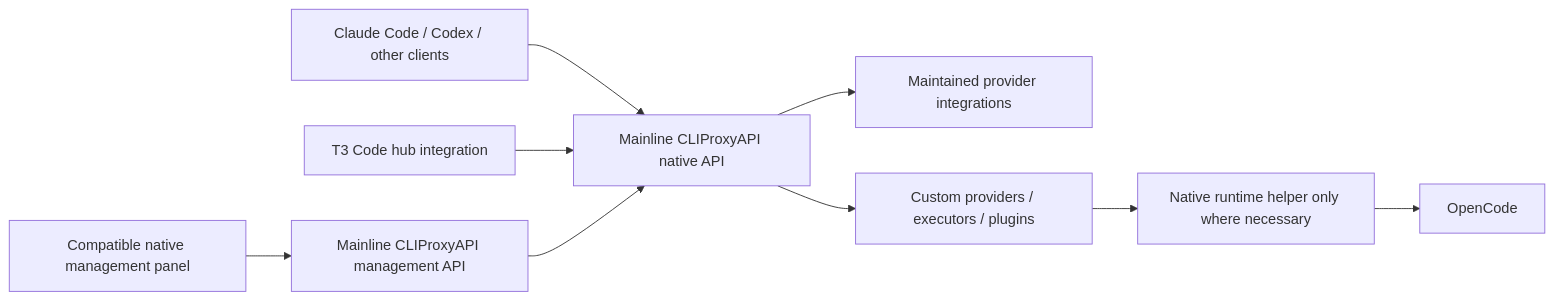
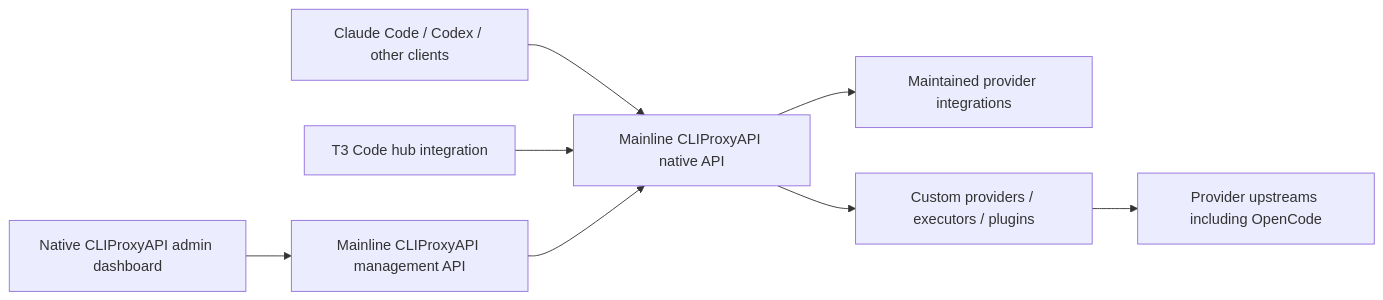
The diagram in docs/design/gateway-product-scope-refactor.md (anschmieg/tokligence-gateway), drawn with Mermaid before and after one commit. The commit also changed other lines of this file and 1 other file, not shown here.

Commit message:
docs: make native dashboard and provider extensions the default and review gates

````diff
--- a/docs/design/gateway-product-scope-refactor.md
+++ b/docs/design/gateway-product-scope-refactor.md
@@ -16,11 +16,10 @@
 ```mermaid
 flowchart LR
     C[Claude Code / Codex / other clients] --> Q[Mainline CLIProxyAPI native API]
     T[T3 Code hub integration] --> Q
-    M[Compatible native management panel] --> A[Mainline CLIProxyAPI management API]
+    M[Native CLIProxyAPI admin dashboard] --> A[Mainline CLIProxyAPI management API]
     A --> Q
     Q --> P[Maintained provider integrations]
     Q --> X[Custom providers / executors / plugins]
-    X --> N[Native runtime helper only where necessary]
-    N --> Z[OpenCode]
+    X --> Z[Provider upstreams including OpenCode]
 ```
````
